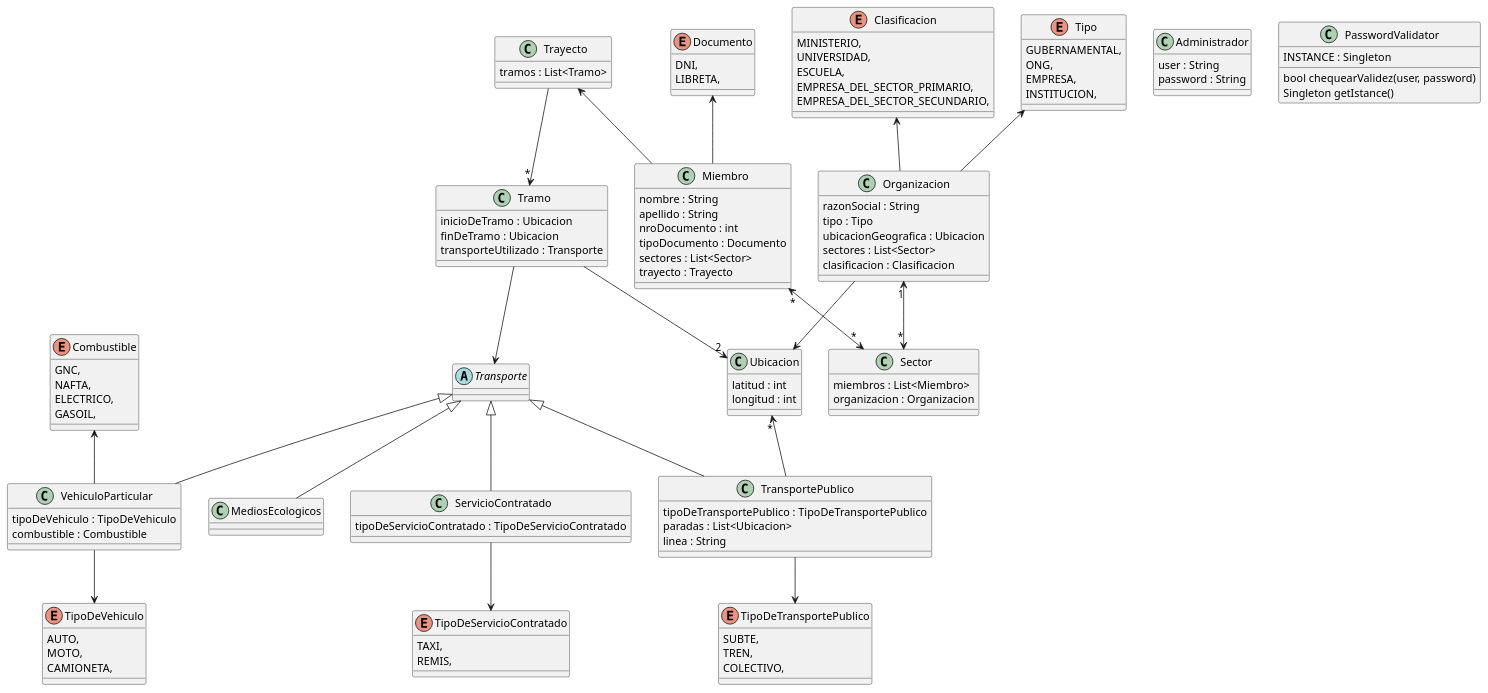
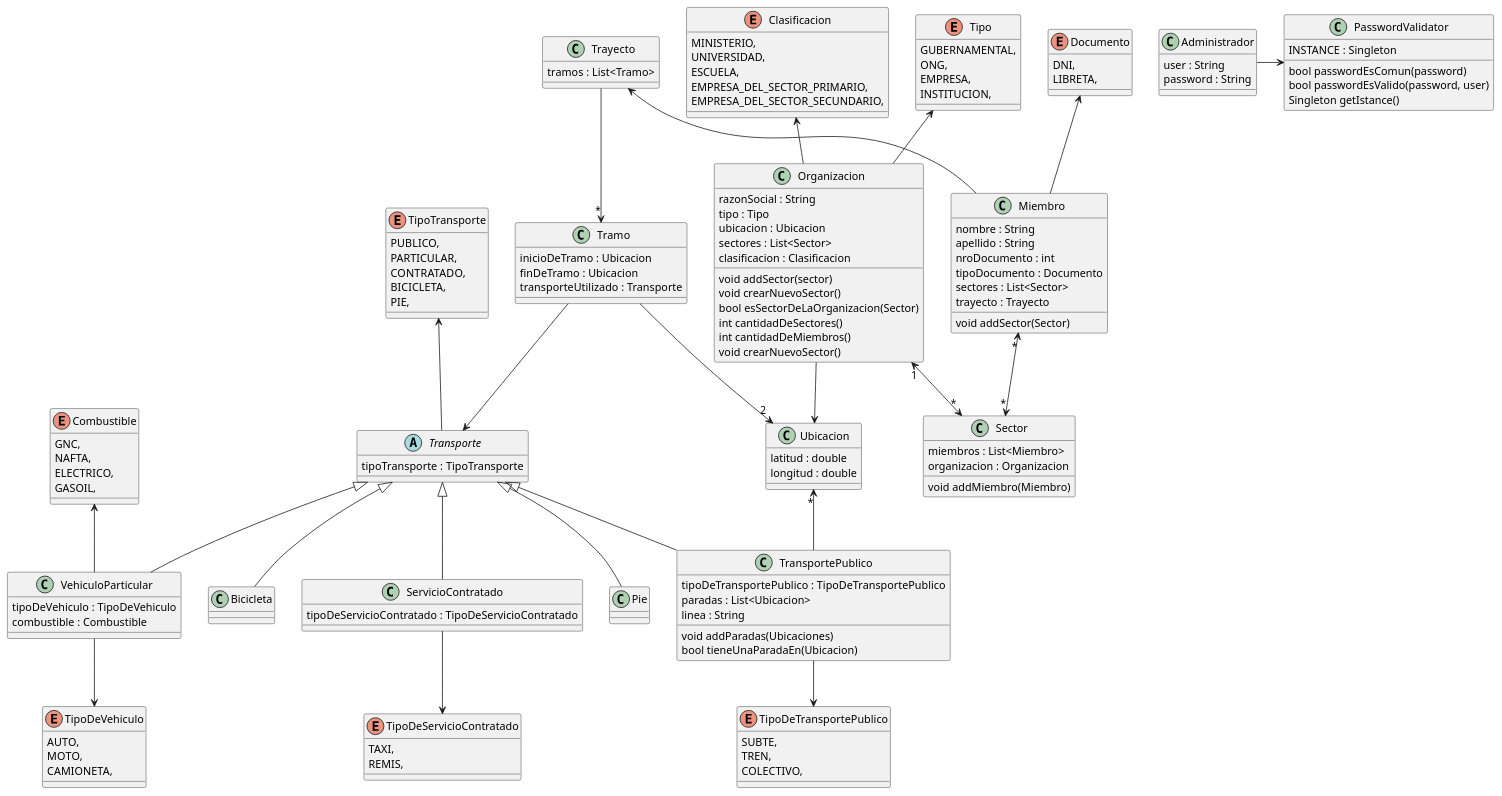
The diagram in Diagrama.puml (mbeorlegui/tpa-dds-2022), drawn with PlantUML before and after one commit. The commit also changed 2 other files, not shown here.

Commit message:
Actualizo diagrama y elimino paradas inicial y final

```diff
--- a/Diagrama.puml
+++ b/Diagrama.puml
@@ -1,148 +1,175 @@
 @startuml TPA-1
 
 class Organizacion {
   razonSocial : String
   tipo : Tipo
-  ubicacionGeografica : Ubicacion
+  ubicacion : Ubicacion
   sectores : List<Sector>
   clasificacion : Clasificacion
+  void addSector(sector)
+  void crearNuevoSector()
+  bool esSectorDeLaOrganizacion(Sector)
+  int cantidadDeSectores()
+  int cantidadDeMiembros()
+  void crearNuevoSector()
 }
 
 class Ubicacion {
-  latitud : int
-  longitud : int
+  latitud : double
+  longitud : double
 }
 
 class Sector {
   miembros : List<Miembro>
   organizacion : Organizacion
+  void addMiembro(Miembro)
 }
 
 class Miembro {
   nombre : String
   apellido : String
   nroDocumento : int
   tipoDocumento : Documento
   sectores : List<Sector>
   trayecto : Trayecto
+  void addSector(Sector)
 }
 ' Ponemos lista de sectores en el Miembro
 ' y que cada sector conozca su organizacion,
 ' de forma tal que el miembro pueda acceder a su
 ' organizacion mediante el sector
 
 enum Documento {
   DNI,
   LIBRETA,
 }
 
 enum Tipo {
   GUBERNAMENTAL,
   ONG,
   EMPRESA,
   INSTITUCION,
 }
 
 enum Clasificacion {
   MINISTERIO,
   UNIVERSIDAD,
   ESCUELA,
   EMPRESA_DEL_SECTOR_PRIMARIO,
   EMPRESA_DEL_SECTOR_SECUNDARIO,
 }
 
 ' Usamos strategy para los medios de transportes
 abstract class Transporte {
+  tipoTransporte : TipoTransporte
+}
 
+enum TipoTransporte {
+  PUBLICO,
+  PARTICULAR,
+  CONTRATADO,
+  BICICLETA,
+  PIE,
 }
 
 class VehiculoParticular {
   tipoDeVehiculo : TipoDeVehiculo
   combustible : Combustible
 }
 
 class TransportePublico {
   tipoDeTransportePublico : TipoDeTransportePublico
   paradas : List<Ubicacion>
   linea : String
+  void addParadas(Ubicaciones)
+  bool tieneUnaParadaEn(Ubicacion)
 }
 
 class ServicioContratado {
   tipoDeServicioContratado : TipoDeServicioContratado
 }
 
 ' Se refiere a caminar o a bicicleta
-class MediosEcologicos {
+class Pie {
+
+}
+
+class Bicicleta {
 
 }
 
 
 enum TipoDeTransportePublico {
   SUBTE,
   TREN,
   COLECTIVO,
 }
 
 enum TipoDeVehiculo {
   AUTO,
   MOTO,
   CAMIONETA,
 }
 
 enum TipoDeServicioContratado{
   TAXI,
   REMIS,
 }
 
 enum Combustible {
   GNC,
   NAFTA,
   ELECTRICO,
   GASOIL,
 }
 
 class Tramo {
   inicioDeTramo : Ubicacion
   finDeTramo : Ubicacion
   transporteUtilizado : Transporte
 }
 
 class Trayecto {
   tramos : List<Tramo>
 }
 
 class Administrador {
   user : String
   password : String
 }
 
 class PasswordValidator {
   INSTANCE : Singleton
-  bool chequearValidez(user, password)
+  bool passwordEsComun(password)
+  bool passwordEsValido(password, user)
   Singleton getIstance()
 }
 
 Miembro "*"<-->"*" Sector
 Organizacion -up-> Tipo
 Organizacion -up-> Clasificacion
 Organizacion --> Ubicacion
 Organizacion "1"<-->"*" Sector
 Miembro -up-> Documento
 
 Trayecto --> "*" Tramo
 Trayecto <-- Miembro
 Tramo --> Transporte
 Tramo -->"2" Ubicacion
+
+Transporte -up-> TipoTransporte
 TransportePublico -up->"*" Ubicacion
 TransportePublico --> TipoDeTransportePublico
 VehiculoParticular -down-> TipoDeVehiculo
 VehiculoParticular -up-> Combustible
 ServicioContratado -down-> TipoDeServicioContratado
-
 TransportePublico -up-|> Transporte
 VehiculoParticular -up-|> Transporte
-MediosEcologicos -up-|> Transporte
+Pie -up-|> Transporte
+Bicicleta -up-|> Transporte
 ServicioContratado -up-|> Transporte
+
+Administrador -right-> PasswordValidator
 
 'PasswordValidator .up.>
 @enduml
```
